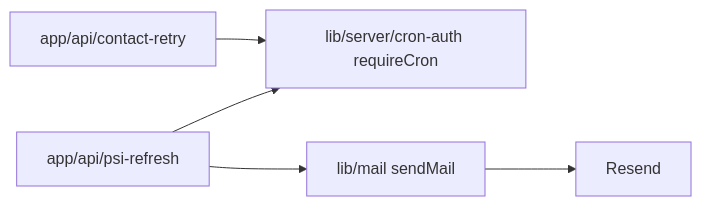
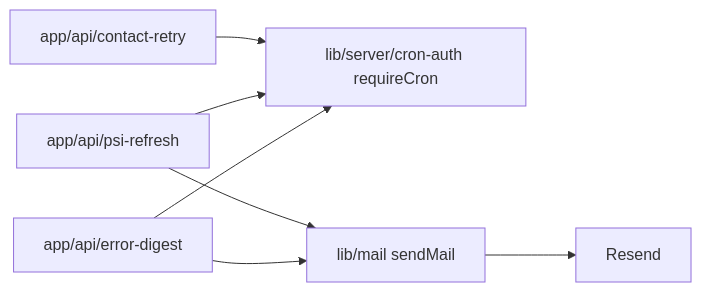
Before and after one commit to erikunha/portfolio: the fifth of 5 diagrams in docs/01-architecture.md, drawn with Mermaid. The commit also changed other lines of this file and 9 other files, not shown here.

First line of the commit message:
feat(observability): mail a daily digest of new or noisy client errors

````diff
--- a/docs/01-architecture.md
+++ b/docs/01-architecture.md
@@ -114,6 +114,8 @@
 ```mermaid
 flowchart LR
     cronretry["app/api/contact-retry"] --> auth["lib/server/cron-auth requireCron"]
     psi["app/api/psi-refresh"] --> auth
+    digest["app/api/error-digest"] --> auth
     psi --> mail["lib/mail sendMail"] --> resend["Resend"]
+    digest --> mail
 ```
````
